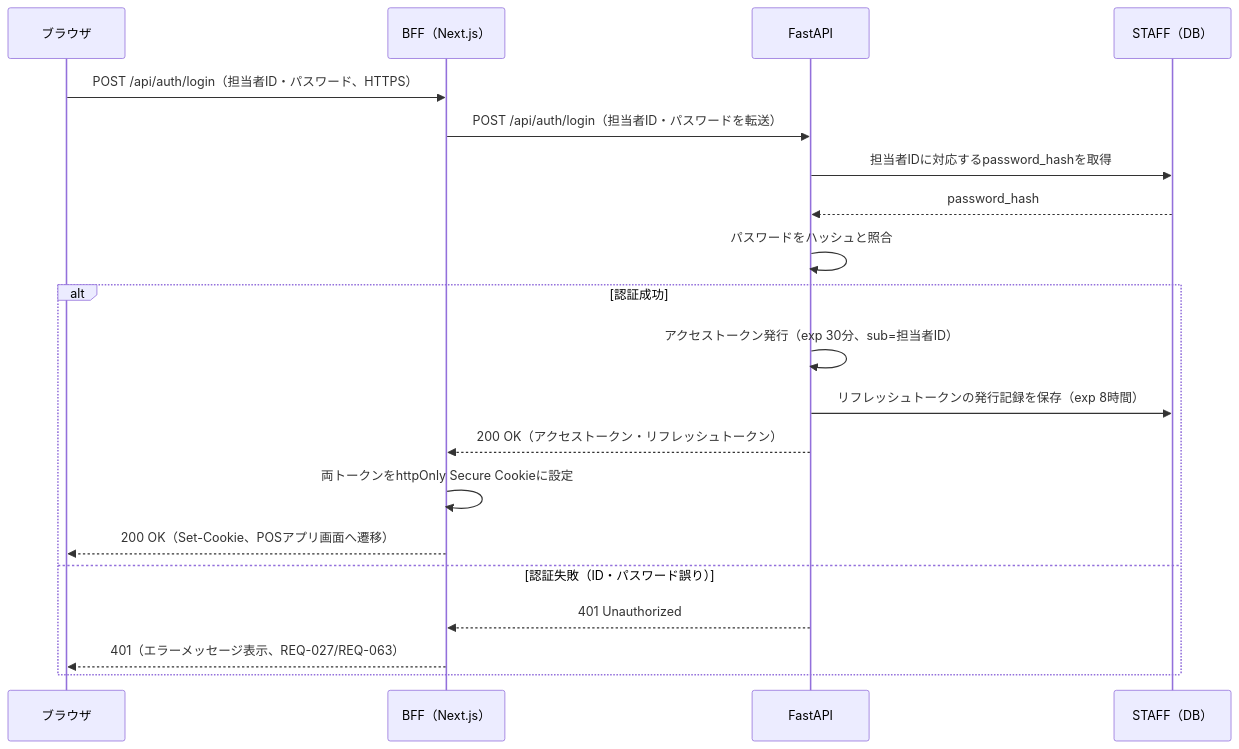
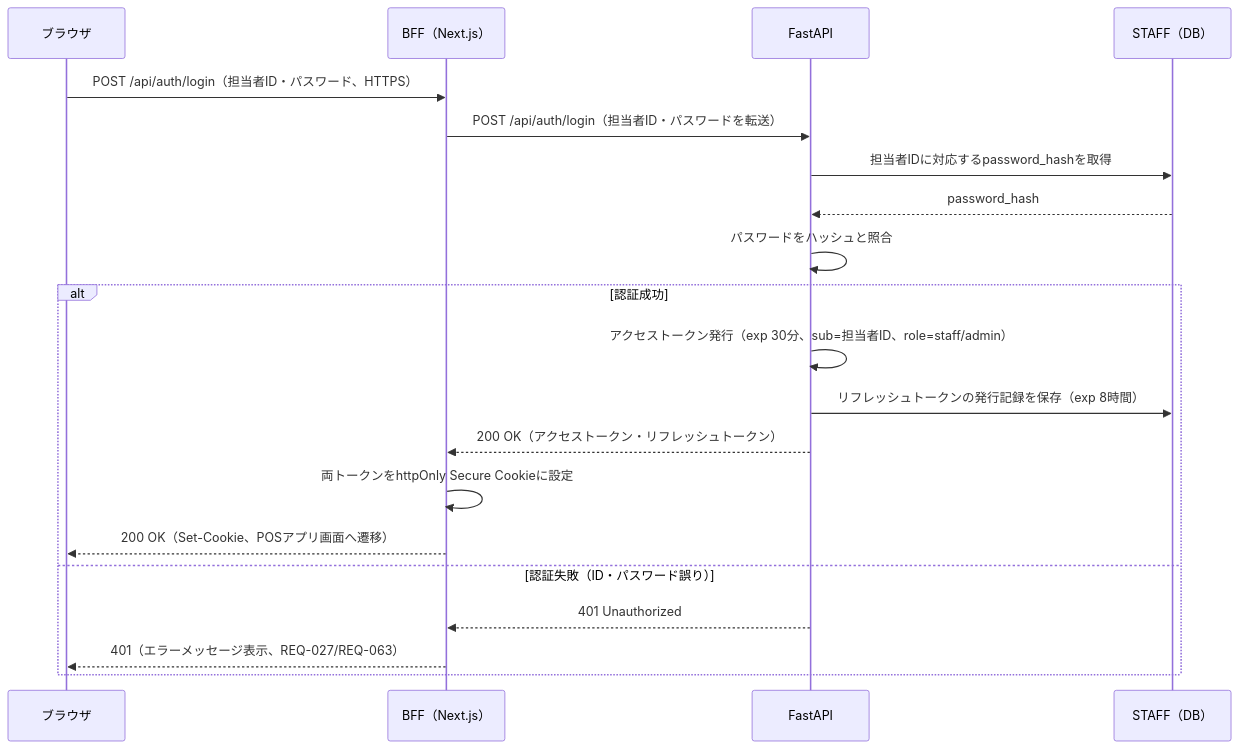
The seventh of 11 diagrams in 設計仕様書.md (yamaguchinaokikk-ctrl/step4_lv2), drawn with Mermaid before and after one commit. The commit also changed other lines of this file and 1 other file, not shown here.

````diff
--- a/設計仕様書.md
+++ b/設計仕様書.md
@@ -1122,24 +1449,24 @@
 ```mermaid
 sequenceDiagram
     participant Browser as ブラウザ
     participant BFF as BFF（Next.js）
     participant API as FastAPI
     participant DB as STAFF（DB）
 
     Browser->>BFF: POST /api/auth/login（担当者ID・パスワード、HTTPS）
     BFF->>API: POST /api/auth/login（担当者ID・パスワードを転送）
     API->>DB: 担当者IDに対応するpassword_hashを取得
     DB-->>API: password_hash
     API->>API: パスワードをハッシュと照合
 
     alt 認証成功
-        API->>API: アクセストークン発行（exp 30分、sub=担当者ID）
+        API->>API: アクセストークン発行（exp 30分、sub=担当者ID、role=staff/admin）
         API->>DB: リフレッシュトークンの発行記録を保存（exp 8時間）
         API-->>BFF: 200 OK（アクセストークン・リフレッシュトークン）
         BFF->>BFF: 両トークンをhttpOnly Secure Cookieに設定
         BFF-->>Browser: 200 OK（Set-Cookie、POSアプリ画面へ遷移）
     else 認証失敗（ID・パスワード誤り）
         API-->>BFF: 401 Unauthorized
         BFF-->>Browser: 401（エラーメッセージ表示、REQ-027/REQ-063）
     end
 ```
````
